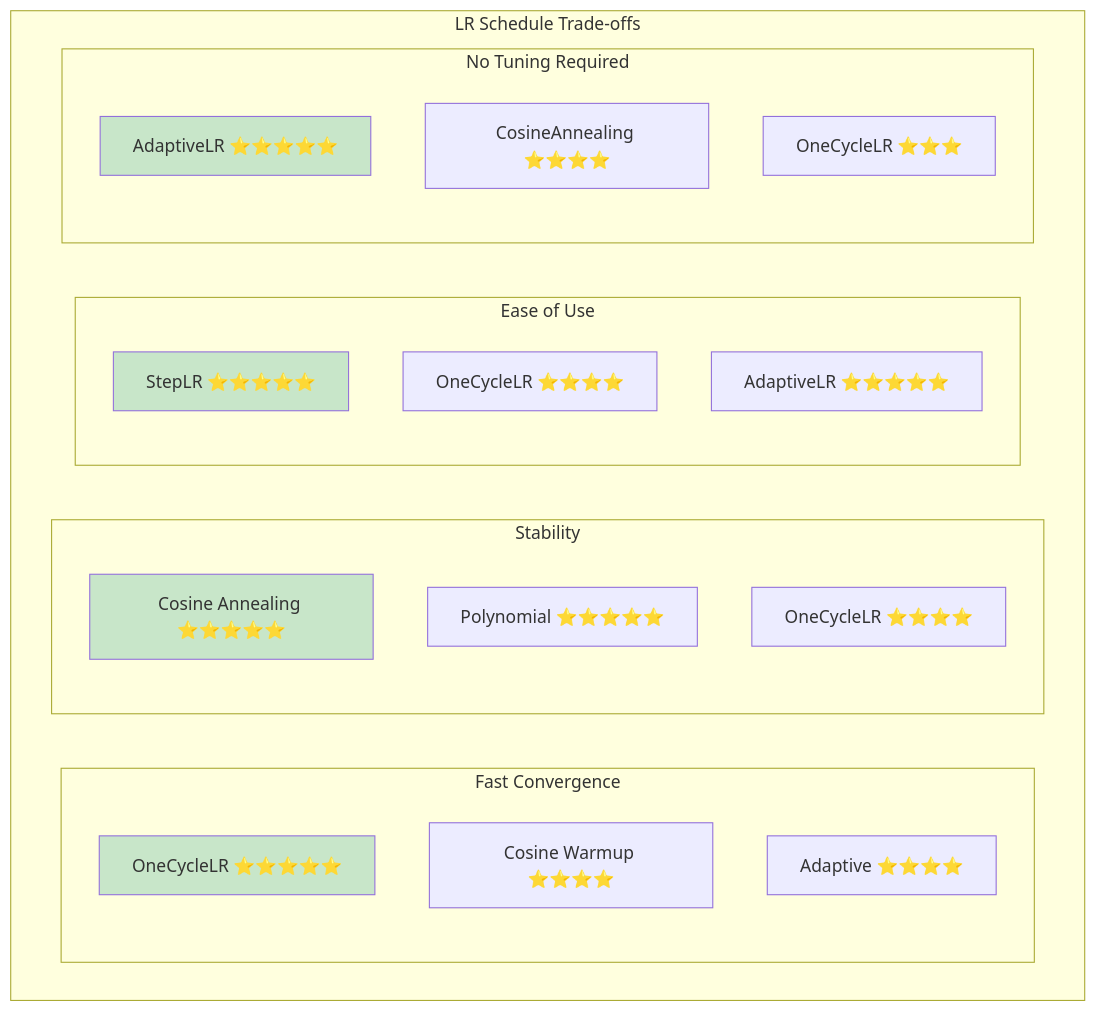
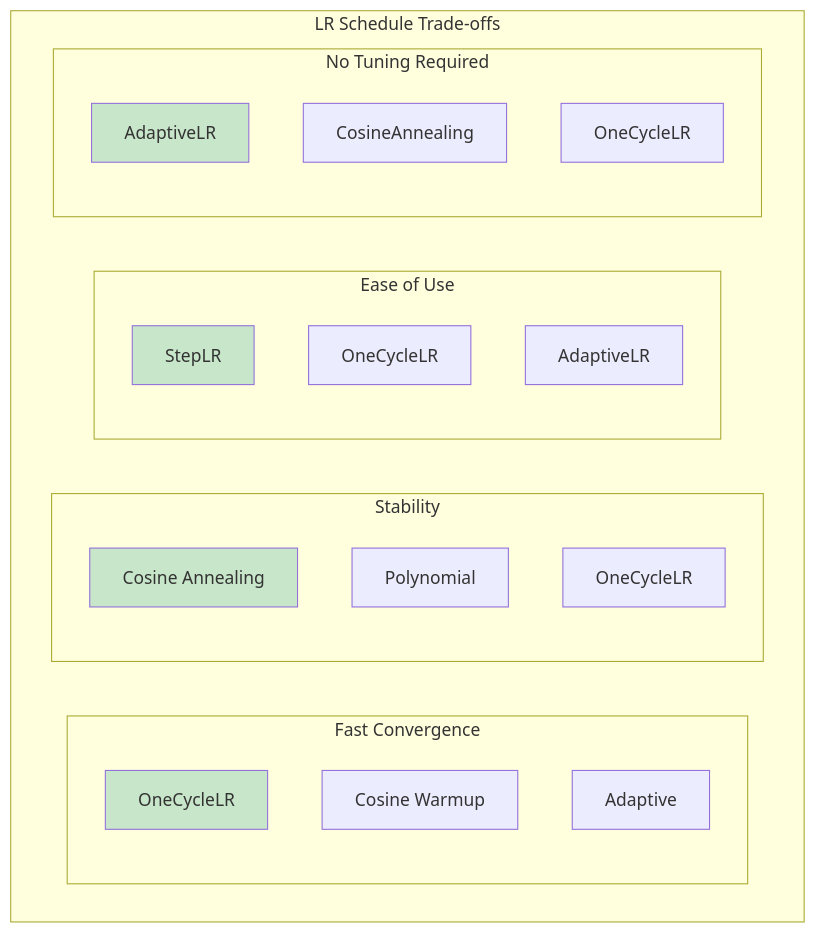
Diagram 13 of 25 in code/docs/05_OPTIMIZATION_GUIDE.md (Pizzaman213/Ava_AI), drawn with Mermaid before and after one commit. The commit also changed other lines of this file and 215 other files, not shown here.

````diff
--- a/code/docs/05_OPTIMIZATION_GUIDE.md
+++ b/code/docs/05_OPTIMIZATION_GUIDE.md
@@ -659,33 +659,33 @@
 ```mermaid
 graph TB
     subgraph "LR Schedule Trade-offs"
         subgraph "Fast Convergence"
-            F1[OneCycleLR ⭐⭐⭐⭐⭐]
-            F2[Cosine Warmup ⭐⭐⭐⭐]
-            F3[Adaptive ⭐⭐⭐⭐]
+            F1[OneCycleLR ]
+            F2[Cosine Warmup ]
+            F3[Adaptive ]
         end
 
         subgraph "Stability"
-            S1[Cosine Annealing ⭐⭐⭐⭐⭐]
-            S2[Polynomial ⭐⭐⭐⭐⭐]
-            S3[OneCycleLR ⭐⭐⭐⭐]
+            S1[Cosine Annealing ]
+            S2[Polynomial ]
+            S3[OneCycleLR ]
         end
 
         subgraph "Ease of Use"
-            E1[StepLR ⭐⭐⭐⭐⭐]
-            E2[OneCycleLR ⭐⭐⭐⭐]
-            E3[AdaptiveLR ⭐⭐⭐⭐⭐]
+            E1[StepLR ]
+            E2[OneCycleLR ]
+            E3[AdaptiveLR ]
         end
 
         subgraph "No Tuning Required"
-            N1[AdaptiveLR ⭐⭐⭐⭐⭐]
-            N2[CosineAnnealing ⭐⭐⭐⭐]
-            N3[OneCycleLR ⭐⭐⭐]
+            N1[AdaptiveLR ]
+            N2[CosineAnnealing ]
+            N3[OneCycleLR ]
         end
     end
 
     style F1 fill:#c8e6c9
     style S1 fill:#c8e6c9
     style E1 fill:#c8e6c9
     style N1 fill:#c8e6c9
 ```
````
